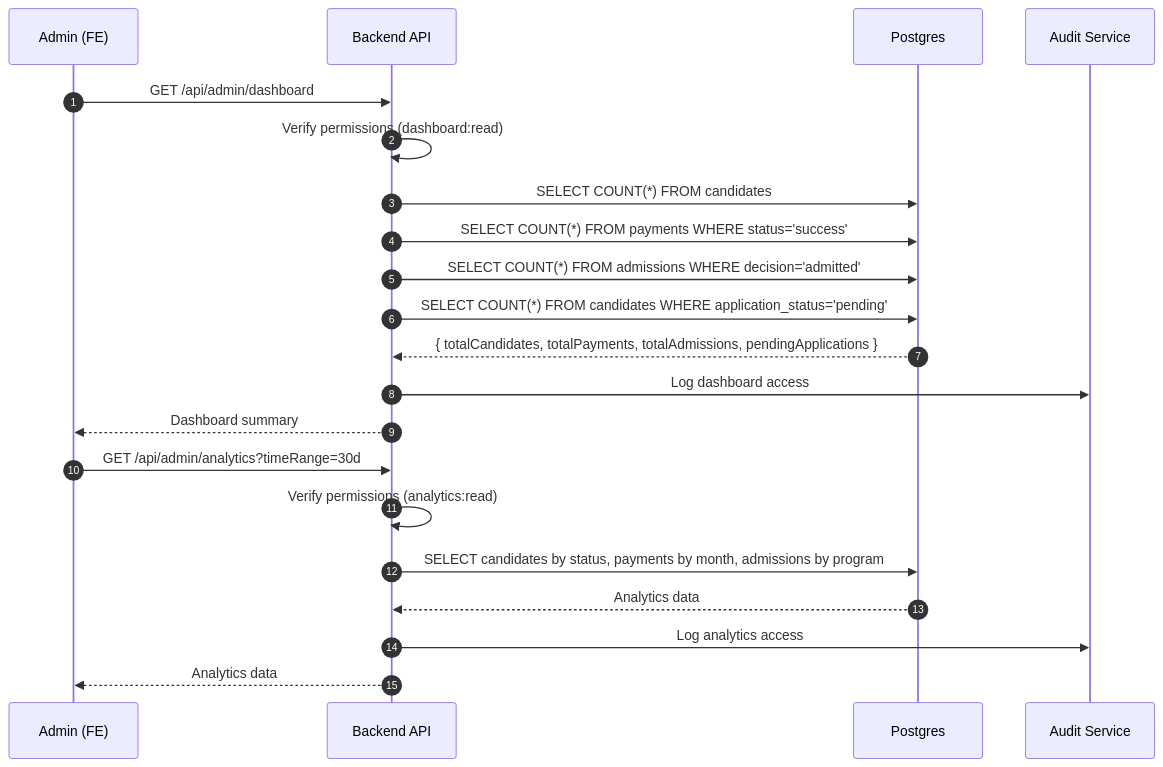
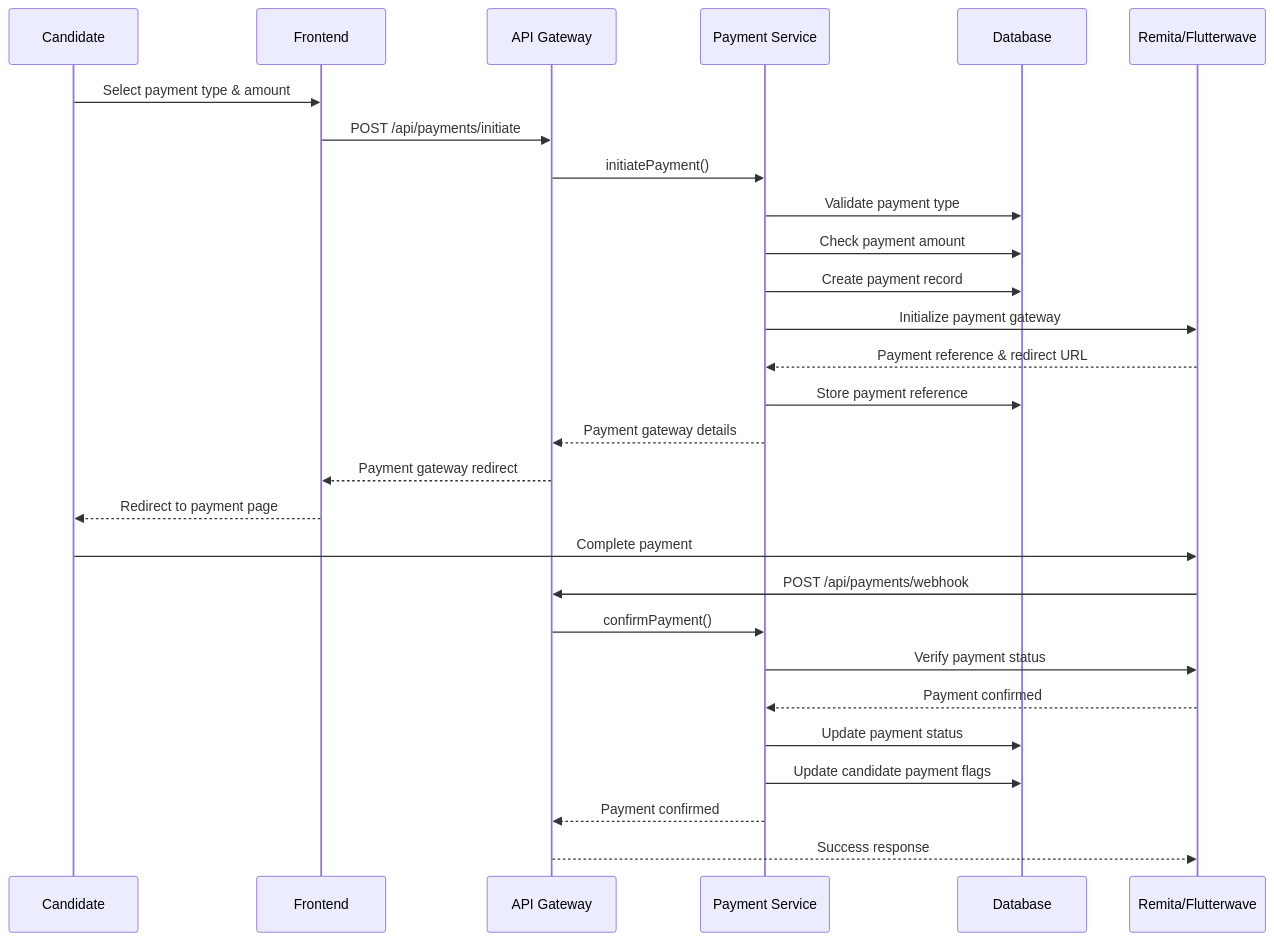
The sixth of 17 diagrams in docs/sequence-diagrams.md (sbikelly/fuep_api), drawn with Mermaid before and after one commit. The commit also changed other lines of this file and 35 other files, not shown here.

````diff
--- a/docs/sequence-diagrams.md
+++ b/docs/sequence-diagrams.md
@@ -376,25 +224,34 @@
 ```mermaid
 sequenceDiagram
-  autonumber
-  participant ADM as Admin (FE)
-  participant API as Backend API
-  participant DB as Postgres
-  participant AUDIT as Audit Service
+    participant C as Candidate
+    participant F as Frontend
+    participant A as API Gateway
+    participant PS as Payment Service
+    participant DB as Database
+    participant R as Remita/Flutterwave
 
-  ADM->>API: GET /api/admin/dashboard
-  API->>API: Verify permissions (dashboard:read)
-  API->>DB: SELECT COUNT(*) FROM candidates
-  API->>DB: SELECT COUNT(*) FROM payments WHERE status='success'
-  API->>DB: SELECT COUNT(*) FROM admissions WHERE decision='admitted'
-  API->>DB: SELECT COUNT(*) FROM candidates WHERE application_status='pending'
-  DB-->>API: { totalCandidates, totalPayments, totalAdmissions, pendingApplications }
-  API->>AUDIT: Log dashboard access
-  API-->>ADM: Dashboard summary
+    C->>F: Select payment type & amount
+    F->>A: POST /api/payments/initiate
+    A->>PS: initiatePayment()
 
-  ADM->>API: GET /api/admin/analytics?timeRange=30d
-  API->>API: Verify permissions (analytics:read)
-  API->>DB: SELECT candidates by status, payments by month, admissions by program
-  DB-->>API: Analytics data
-  API->>AUDIT: Log analytics access
-  API-->>ADM: Analytics data
+    PS->>DB: Validate payment type
+    PS->>DB: Check payment amount
+    PS->>DB: Create payment record
+    PS->>R: Initialize payment gateway
+    R-->>PS: Payment reference & redirect URL
+    PS->>DB: Store payment reference
+    PS-->>A: Payment gateway details
+    A-->>F: Payment gateway redirect
+    F-->>C: Redirect to payment page
+
+    C->>R: Complete payment
+    R->>A: POST /api/payments/webhook
+    A->>PS: confirmPayment()
+
+    PS->>R: Verify payment status
+    R-->>PS: Payment confirmed
+    PS->>DB: Update payment status
+    PS->>DB: Update candidate payment flags
+    PS-->>A: Payment confirmed
+    A-->>R: Success response
 ```
````
